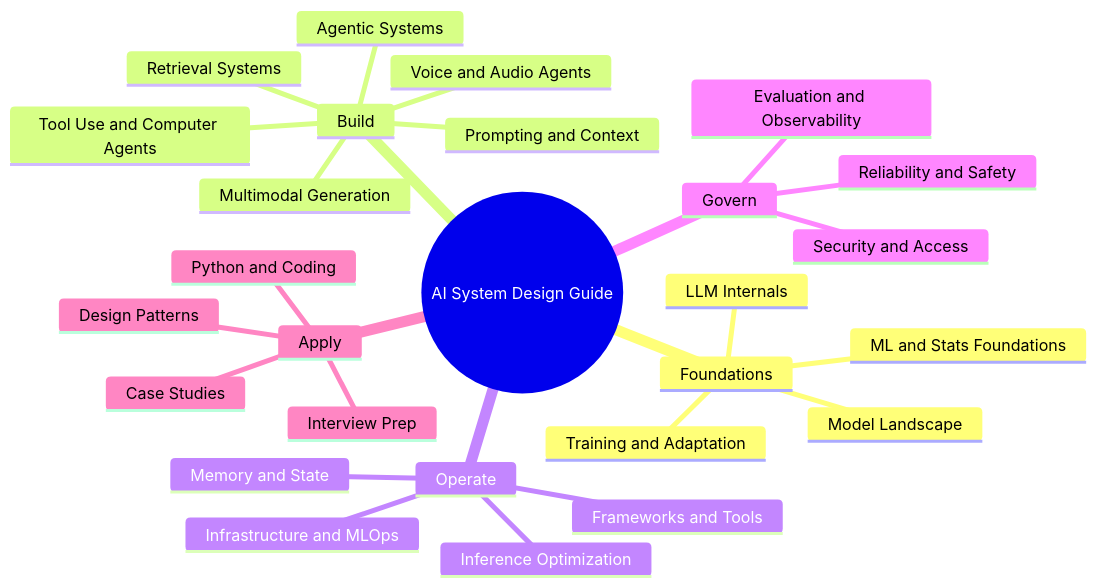
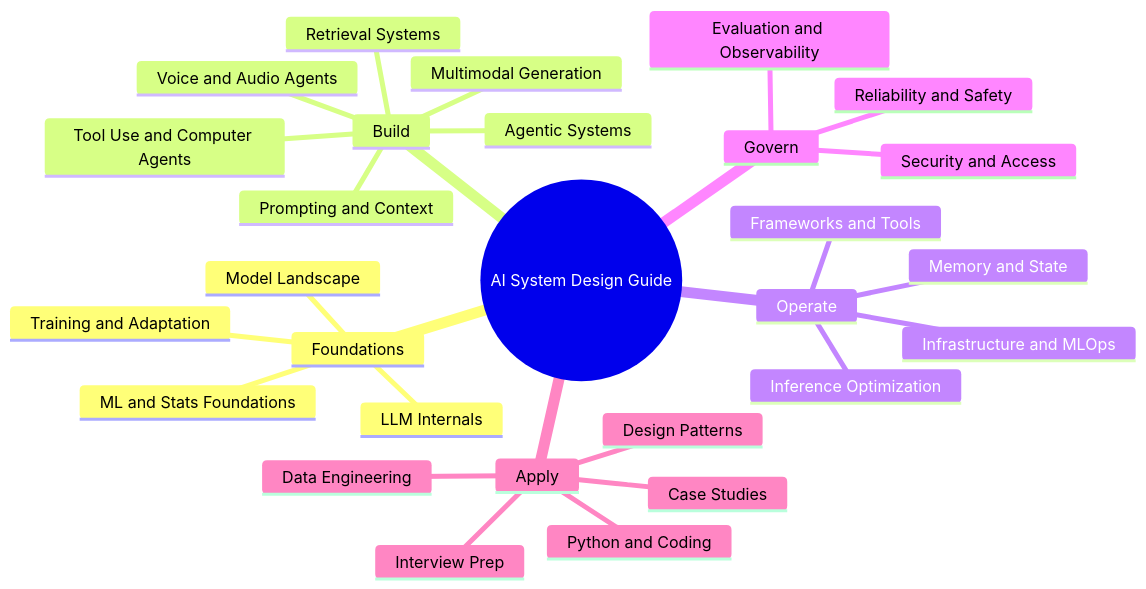
Before and after one commit to aneshus95/ai-system-design-guide: the second of 2 diagrams in README.md, drawn with Mermaid. The commit also changed other lines of this file and 1 other file, not shown here.

First line of the commit message:
Add data-engineering topic with Apache Spark architecture page

````diff
--- a/README.md
+++ b/README.md
@@ -160,30 +162,31 @@
 ```mermaid
 mindmap
   root((AI System Design Guide))
     Foundations
       LLM Internals
       Model Landscape
       Training and Adaptation
       ML and Stats Foundations
     Build
       Prompting and Context
       Retrieval Systems
       Agentic Systems
       Tool Use and Computer Agents
       Voice and Audio Agents
       Multimodal Generation
     Operate
       Inference Optimization
       Memory and State
       Frameworks and Tools
       Infrastructure and MLOps
     Govern
       Security and Access
       Reliability and Safety
       Evaluation and Observability
     Apply
       Design Patterns
       Case Studies
       Interview Prep
       Python and Coding
+      Data Engineering
 ```
````
